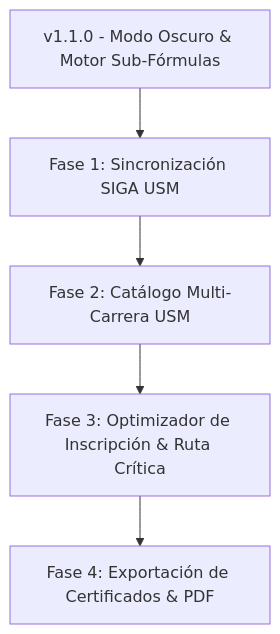
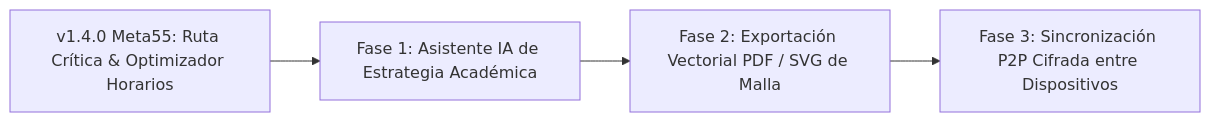
One commit to Jota216/Malla-USM changed the third of 3 diagrams in CONTEXT.md. Above: the diagram before and after it, drawn with Mermaid. The commit also changed other lines of this file and 32 other files, not shown here.

````diff
--- a/CONTEXT.md
+++ b/CONTEXT.md
@@ -402,7 +604,6 @@
 ```mermaid
-flowchart TD
-    Current[v1.1.0 - Modo Oscuro & Motor Sub-Fórmulas] --> F1[Fase 1: Sincronización SIGA USM]
-    F1 --> F2[Fase 2: Catálogo Multi-Carrera USM]
-    F2 --> F3[Fase 3: Optimizador de Inscripción & Ruta Crítica]
-    F3 --> F4[Fase 4: Exportación de Certificados & PDF]
+flowchart LR
+    V14[v1.4.0 Meta55: Ruta Crítica & Optimizador Horarios] --> F1[Fase 1: Asistente IA de Estrategia Académica]
+    F1 --> F2[Fase 2: Exportación Vectorial PDF / SVG de Malla]
+    F2 --> F3[Fase 3: Sincronización P2P Cifrada entre Dispositivos]
 ```
````
